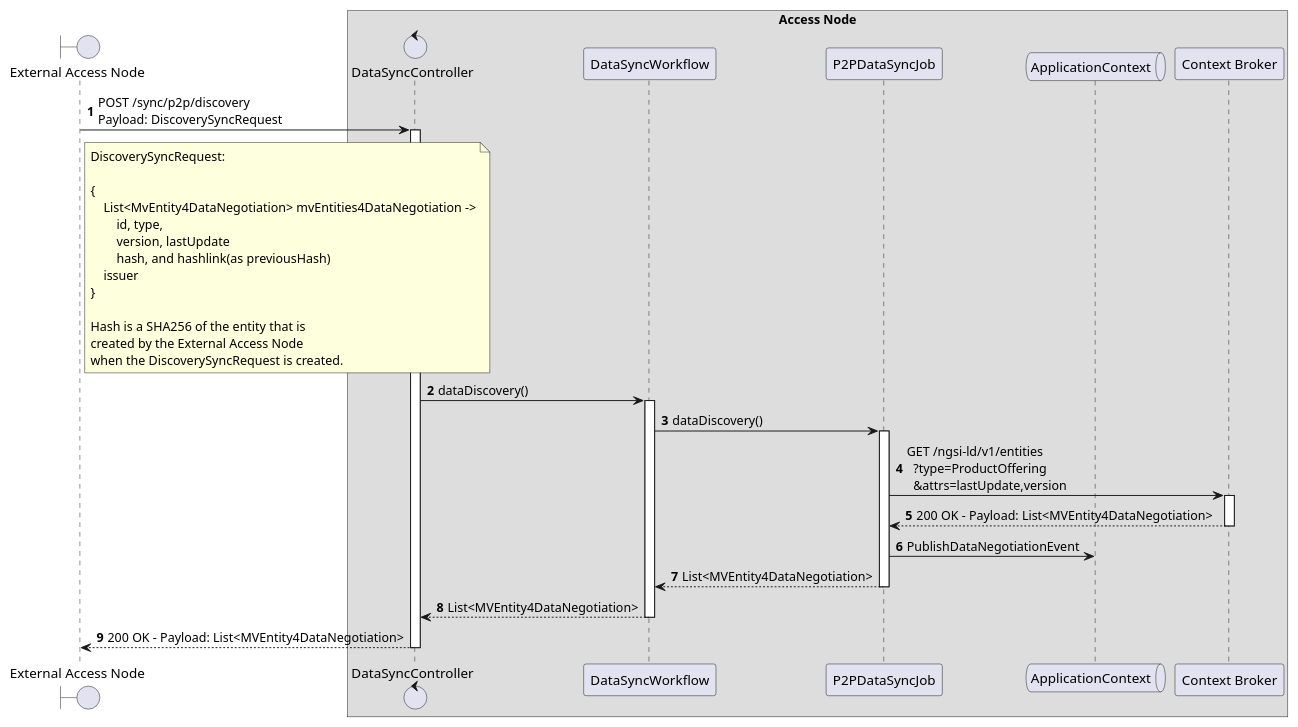
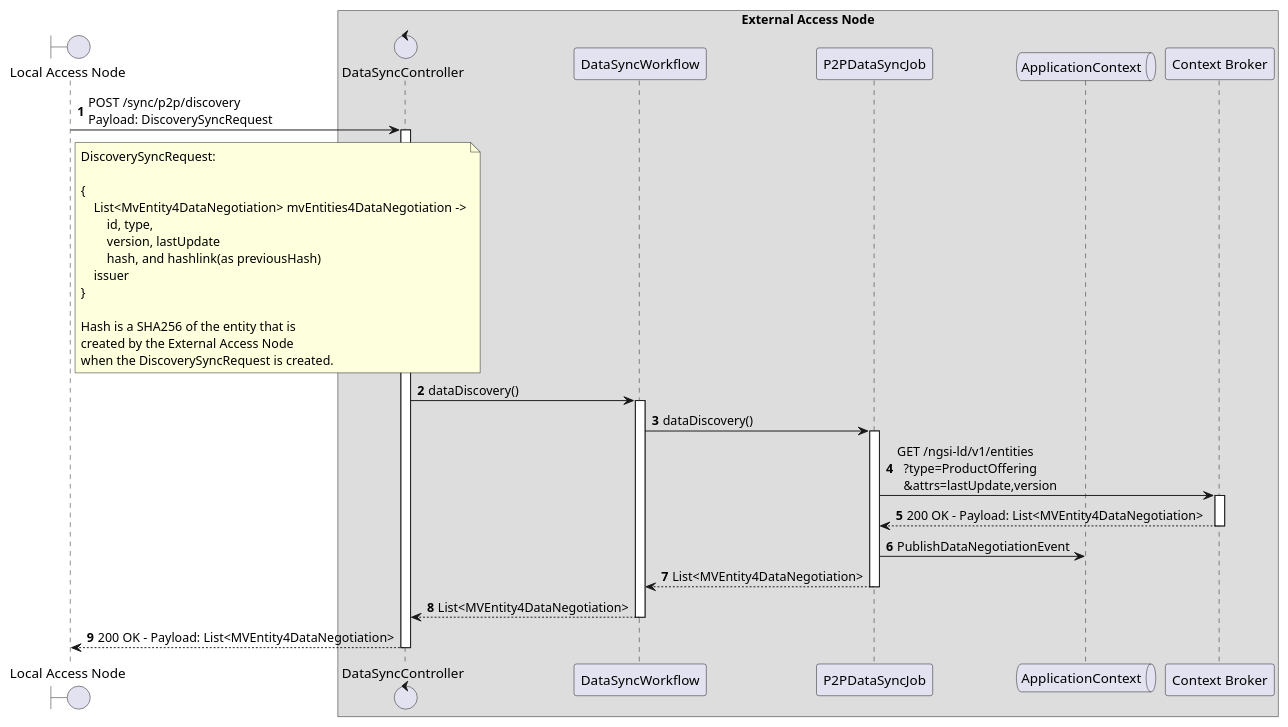
Before and after one commit to in2workspace/in2-guides: the diagram in desmos-tech-doc/diagrams/p2p-sync-discovery-local.puml, drawn with PlantUML. The commit also changed 7 other files, not shown here.

Commit message:
fix(data-syncronization): update external and local

```diff
--- a/desmos-tech-doc/diagrams/p2p-sync-discovery-local.puml
+++ b/desmos-tech-doc/diagrams/p2p-sync-discovery-local.puml
@@ -1,51 +1,51 @@
 @startuml
 'https://plantuml.com/sequence-diagram
 
 '---------- Config ----------------
 
 autonumber
 
 '---------- Header ----------------
 
-boundary "External Access Node" as ean
+boundary "Local Access Node" as lan
 
-box "Access Node"
+box "External Access Node"
 
   control "DataSyncController" as data_sync_Controller
   participant "DataSyncWorkflow" as p2p_data_sync_workflow
   participant "P2PDataSyncJob" as p2p_data_sync_job
   queue "ApplicationContext" as ac
   participant "Context Broker" as cb
 
 end box
 
 '---------- Diagram ----------------
 
-ean -> data_sync_Controller++: POST /sync/p2p/discovery \nPayload: DiscoverySyncRequest
+lan -> data_sync_Controller++: POST /sync/p2p/discovery \nPayload: DiscoverySyncRequest
 
-note right of ean
+note right of lan
     DiscoverySyncRequest:
 
     {
         List<MvEntity4DataNegotiation> mvEntities4DataNegotiation ->
             id, type,
             version, lastUpdate
             hash, and hashlink(as previousHash)
         issuer
     }
 
     Hash is a SHA256 of the entity that is
     created by the External Access Node
     when the DiscoverySyncRequest is created.
 end note
 
     data_sync_Controller -> p2p_data_sync_workflow++: dataDiscovery()
         p2p_data_sync_workflow -> p2p_data_sync_job++: dataDiscovery()
             p2p_data_sync_job -> cb++: GET /ngsi-ld/v1/entities\n  ?type=ProductOffering\n  &attrs=lastUpdate,version
             return 200 OK - Payload: List<MVEntity4DataNegotiation>
             p2p_data_sync_job -> ac: PublishDataNegotiationEvent
         return List<MVEntity4DataNegotiation>
     return List<MVEntity4DataNegotiation>
 return 200 OK - Payload: List<MVEntity4DataNegotiation>
 
 @enduml
```
